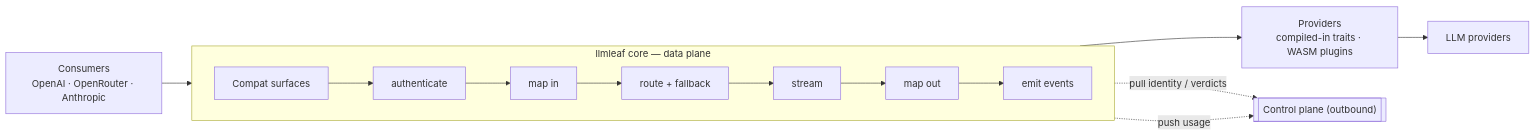
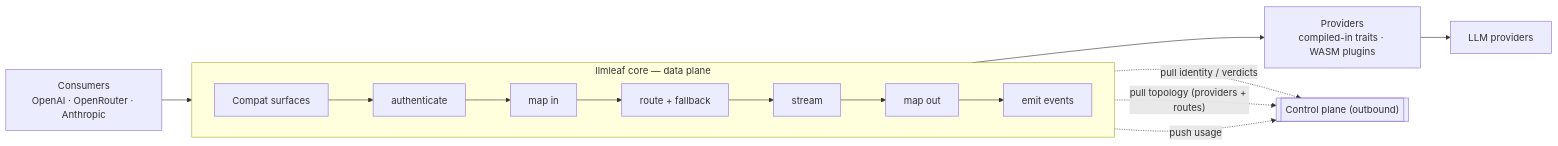
One commit to codefionn/llmleaf changed the diagram in README.md. Above: the diagram before and after it, drawn with Mermaid. The commit also changed other lines of this file and 13 other files, not shown here.

````diff
--- a/README.md
+++ b/README.md
@@ -99,13 +103,14 @@
 ```mermaid
 flowchart LR
   Cons["Consumers<br/>OpenAI · OpenRouter · Anthropic"] --> Surf["Compat surfaces"]
   subgraph Core["llmleaf core — data plane"]
     direction LR
     Surf --> Auth["authenticate"] --> In["map in"] --> Route["route + fallback"] --> Stream["stream"] --> Out["map out"] --> Ev["emit events"]
   end
   Route --> Prov["Providers<br/>compiled-in traits · WASM plugins"]
   Prov --> Up["LLM providers"]
   Ctrl[["Control plane (outbound)"]]
   Auth -. "pull identity / verdicts" .-> Ctrl
+  Route -. "pull topology (providers + routes)" .-> Ctrl
   Ev -. "push usage" .-> Ctrl
 ```
````
